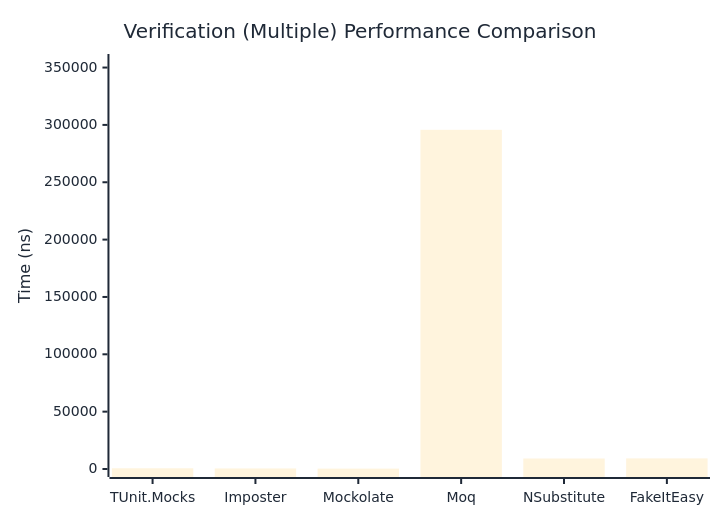
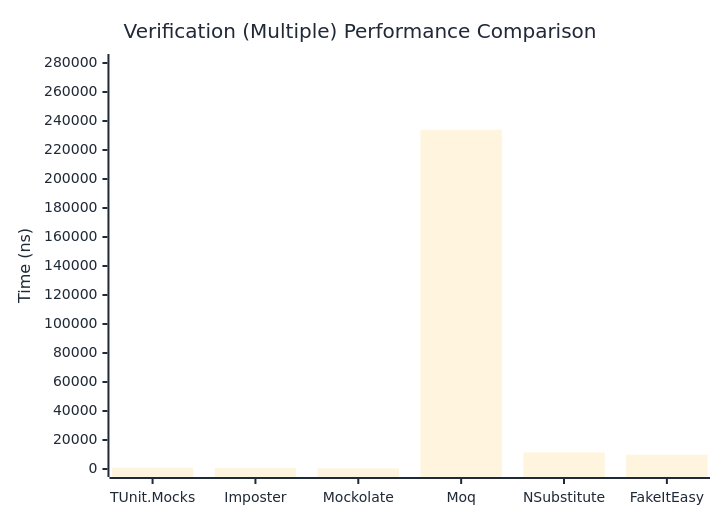
Before and after one commit to thomhurst/TUnit: the third of 3 diagrams in docs/docs/benchmarks/mocks/Verification.md, drawn with Mermaid. The commit also changed other lines of this file and 14 other files, not shown here.

````diff
--- a/docs/docs/benchmarks/mocks/Verification.md
+++ b/docs/docs/benchmarks/mocks/Verification.md
@@ -112,27 +112,27 @@
 ```mermaid
 %%{init: {
   'theme':'base',
   'themeVariables': {
     'primaryColor': '#2563eb',
     'primaryTextColor': '#1f2937',
     'primaryBorderColor': '#1e40af',
     'lineColor': '#6b7280',
     'secondaryColor': '#7c3aed',
     'tertiaryColor': '#dc2626',
     'background': '#ffffff',
     'pie1': '#2563eb',
     'pie2': '#7c3aed',
     'pie3': '#dc2626',
     'pie4': '#f59e0b',
     'pie5': '#10b981',
     'pie6': '#06b6d4',
     'pie7': '#ec4899',
     'pie8': '#6366f1'
   }
 }}%%
 xychart-beta
   title "Verification (Multiple) Performance Comparison"
   x-axis ["TUnit.Mocks", "Imposter", "Mockolate", "Moq", "NSubstitute", "FakeItEasy"]
-  y-axis "Time (ns)" 0 --> 354844
-  bar [626.79, 482.69, 322.26, 295703.24, 9160, 9252.41]
+  y-axis "Time (ns)" 0 --> 280679
+  bar [921.37, 646.11, 481.52, 233898.61, 11415.89, 9873.67]
 ```
````
